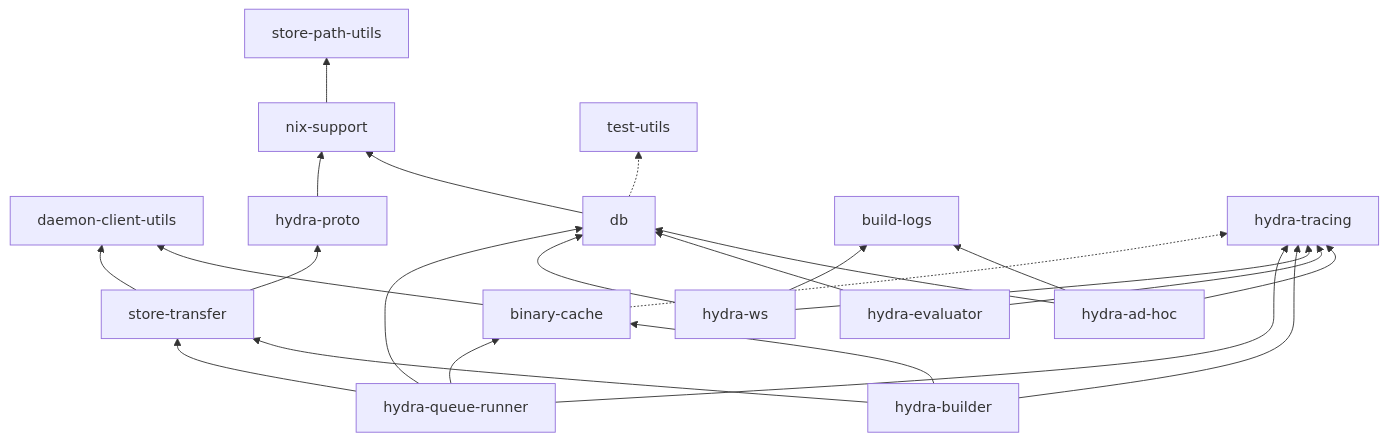
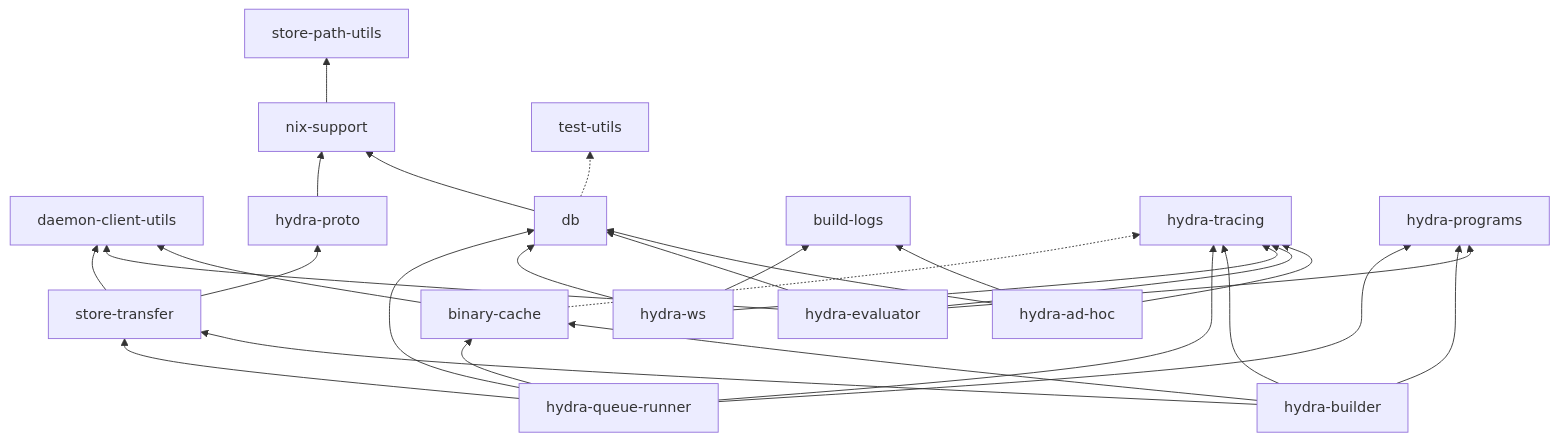
One commit to NixOS/hydra changed the diagram in subprojects/hydra-manual/src/architecture.md. Above: the diagram before and after it, drawn with Mermaid. The commit also changed other lines of this file and 73 other files, not shown here.

````diff
--- a/subprojects/hydra-manual/src/architecture.md
+++ b/subprojects/hydra-manual/src/architecture.md
@@ -77,26 +78,30 @@
 ```mermaid
 graph BT
     binary-cache --> daemon-client-utils
     nix-support --> store-path-utils
     db --> nix-support
     hydra-proto --> nix-support
     hydra-ad-hoc --> build-logs
     hydra-ad-hoc --> db
     hydra-ad-hoc --> hydra-tracing
+    hydra-evaluator --> daemon-client-utils
     hydra-evaluator --> db
+    hydra-evaluator --> hydra-programs
     hydra-evaluator --> hydra-tracing
     hydra-ws --> build-logs
     hydra-ws --> db
     hydra-ws --> hydra-tracing
     store-transfer --> daemon-client-utils
     store-transfer --> hydra-proto
     hydra-builder --> binary-cache
+    hydra-builder --> hydra-programs
     hydra-builder --> hydra-tracing
     hydra-builder --> store-transfer
     hydra-queue-runner --> binary-cache
     hydra-queue-runner --> db
+    hydra-queue-runner --> hydra-programs
     hydra-queue-runner --> hydra-tracing
     hydra-queue-runner --> store-transfer
     binary-cache -.-> hydra-tracing
     db -.-> test-utils
 ```
````
